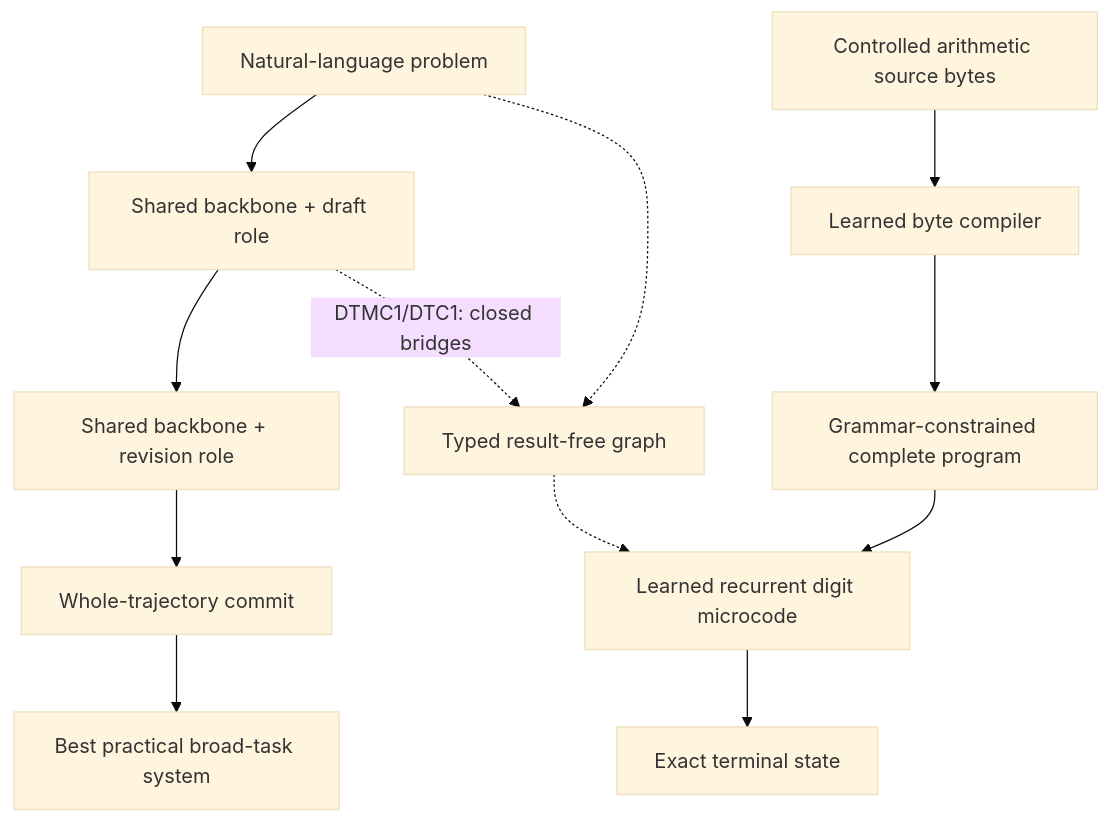
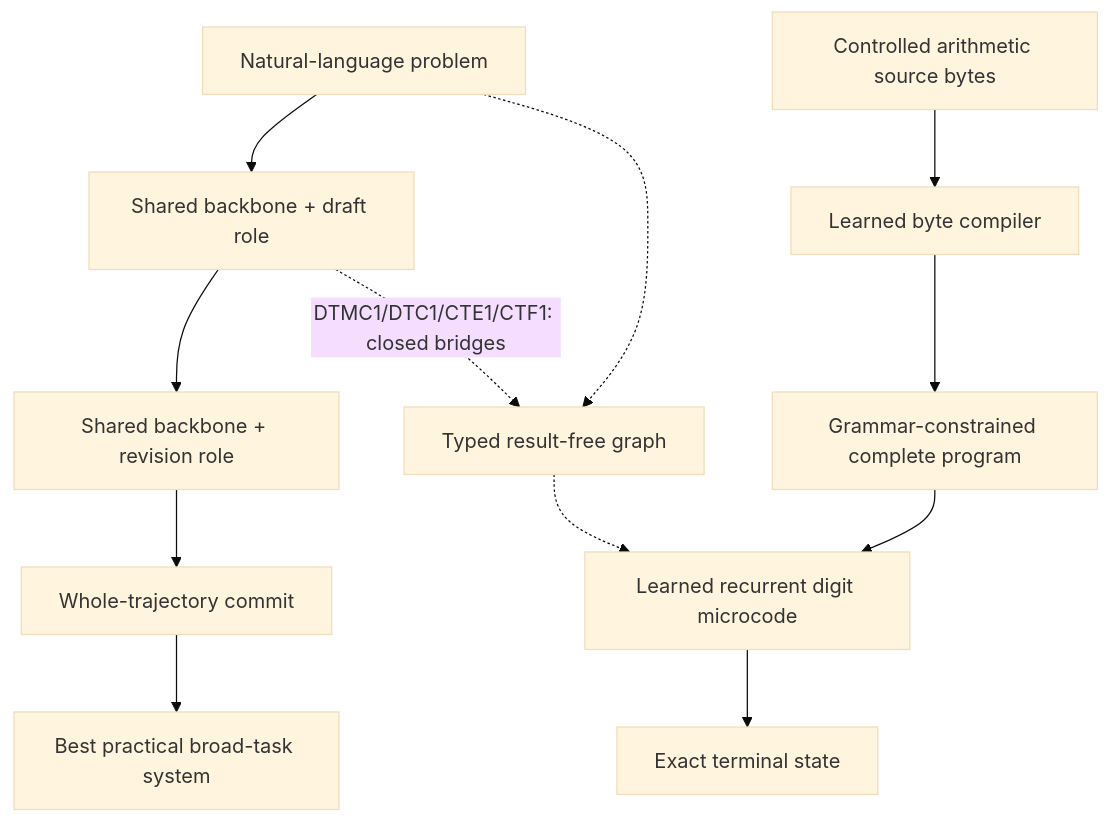
The first of 2 diagrams in SHOHIN.md (GodlyDonuts/shohin-ettr), drawn with Mermaid (base theme) before and after one commit. The commit also changed other lines of this file and 1 other file, not shown here.

Commit message:
Update architecture boundary through CTF1

````diff
--- a/SHOHIN.md
+++ b/SHOHIN.md
@@ -107,17 +127,17 @@
 ```mermaid
 flowchart TB
     X["Natural-language problem"]
     X --> D["Shared backbone + draft role"]
     D --> R["Shared backbone + revision role"]
     R --> C["Whole-trajectory commit"]
     C --> B["Best practical broad-task system"]
 
     S["Controlled arithmetic source bytes"] --> BC["Learned byte compiler"]
     BC --> GP["Grammar-constrained complete program"]
     GP --> LM["Learned recurrent digit microcode"]
     LM --> T["Exact terminal state"]
 
-    D -. "DTMC1/DTC1: closed bridges" .-> TG["Typed result-free graph"]
+    D -. "DTMC1/DTC1/CTE1/CTF1: closed bridges" .-> TG["Typed result-free graph"]
     X -.-> TG
     TG -.-> LM
 ```
````
